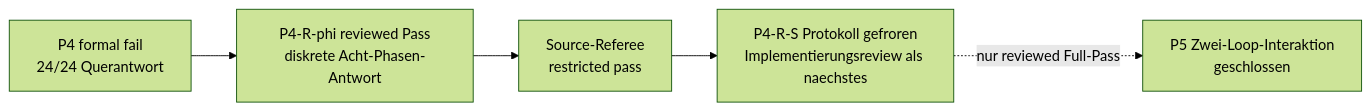
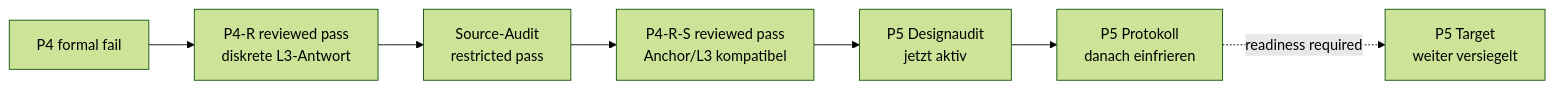
One commit to MemoryDynamics/Knoten changed the diagram in docs/status/project_priorities.md. Above: the diagram before and after it, drawn with Mermaid (forest theme). The commit also changed other lines of this file and 14 other files, not shown here.

````diff
--- a/docs/status/project_priorities.md
+++ b/docs/status/project_priorities.md
@@ -44,13 +26,12 @@
 ```mermaid
 flowchart LR
-    p4["P4 formal fail<br/>24/24 Querantwort"]
-    p4rphi["P4-R-phi reviewed Pass<br/>diskrete Acht-Phasen-Antwort"]
-    referee["Source-Referee<br/>restricted pass"]
-    p4rs["P4-R-S Protokoll gefroren<br/>Implementierungsreview als naechstes"]
-    p5["P5 Zwei-Loop-Interaktion<br/>geschlossen"]
+    p4["P4 formal fail"]
+    p4r["P4-R reviewed pass<br/>diskrete L3-Antwort"]
+    source["Source-Audit<br/>restricted pass"]
+    p4rs["P4-R-S reviewed pass<br/>Anchor/L3 kompatibel"]
+    p5d["P5 Designaudit<br/>jetzt aktiv"]
+    p5p["P5 Protokoll<br/>danach einfrieren"]
+    p5t["P5 Target<br/>weiter versiegelt"]
 
-    p4 --> p4rphi
-    p4rphi --> referee
-    referee --> p4rs
-    p4rs -. nur reviewed Full-Pass .-> p5
+    p4 --> p4r --> source --> p4rs --> p5d --> p5p -. readiness required .-> p5t
 ```
````
